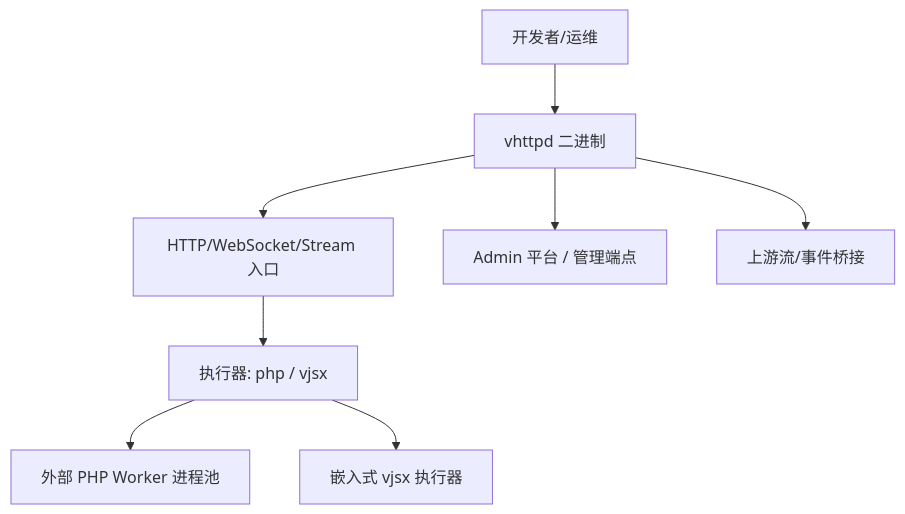
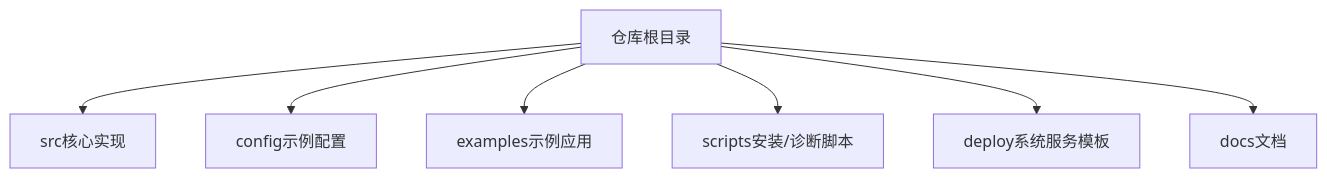
One commit to guweigang/vhttpd changed the first of 5 diagrams in .qoder/repowiki/zh/content/快速开始.md. Above: the diagram before and after it, drawn with Mermaid. The commit also changed other lines of this file and 697 other files, not shown here.

````diff
--- a/.qoder/repowiki/zh/content/快速开始.md
+++ b/.qoder/repowiki/zh/content/快速开始.md
@@ -46,10 +47,9 @@
 ```mermaid
 graph TB
-A["开发者/运维"] --> B["vhttpd 二进制"]
-B --> C["HTTP/WebSocket/Stream 入口"]
-C --> D["执行器: php / vjsx"]
-D --> E["外部 PHP Worker 进程池"]
-D --> F["嵌入式 vjsx 执行器"]
-B --> G["Admin 平台 / 管理端点"]
-B --> H["上游流/事件桥接"]
+A["仓库根目录"] --> B["src核心实现"]
+A --> C["config示例配置"]
+A --> D["examples示例应用"]
+A --> E["scripts安装/诊断脚本"]
+A --> F["deploy系统服务模板"]
+A --> G["docs文档"]
 ```
````
